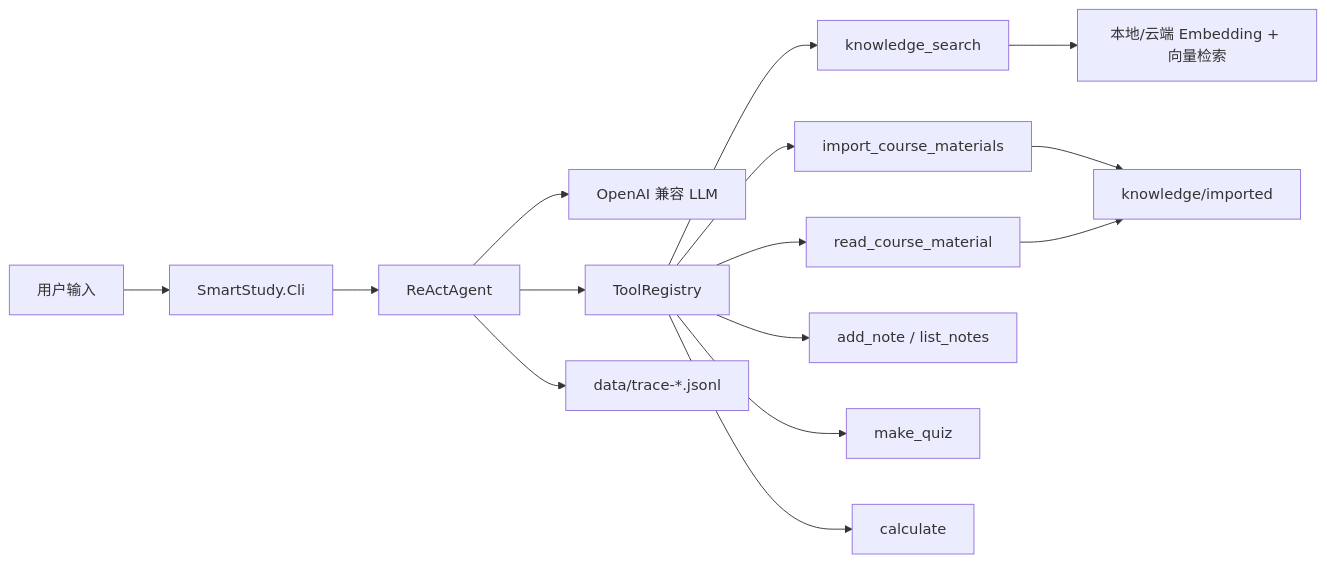
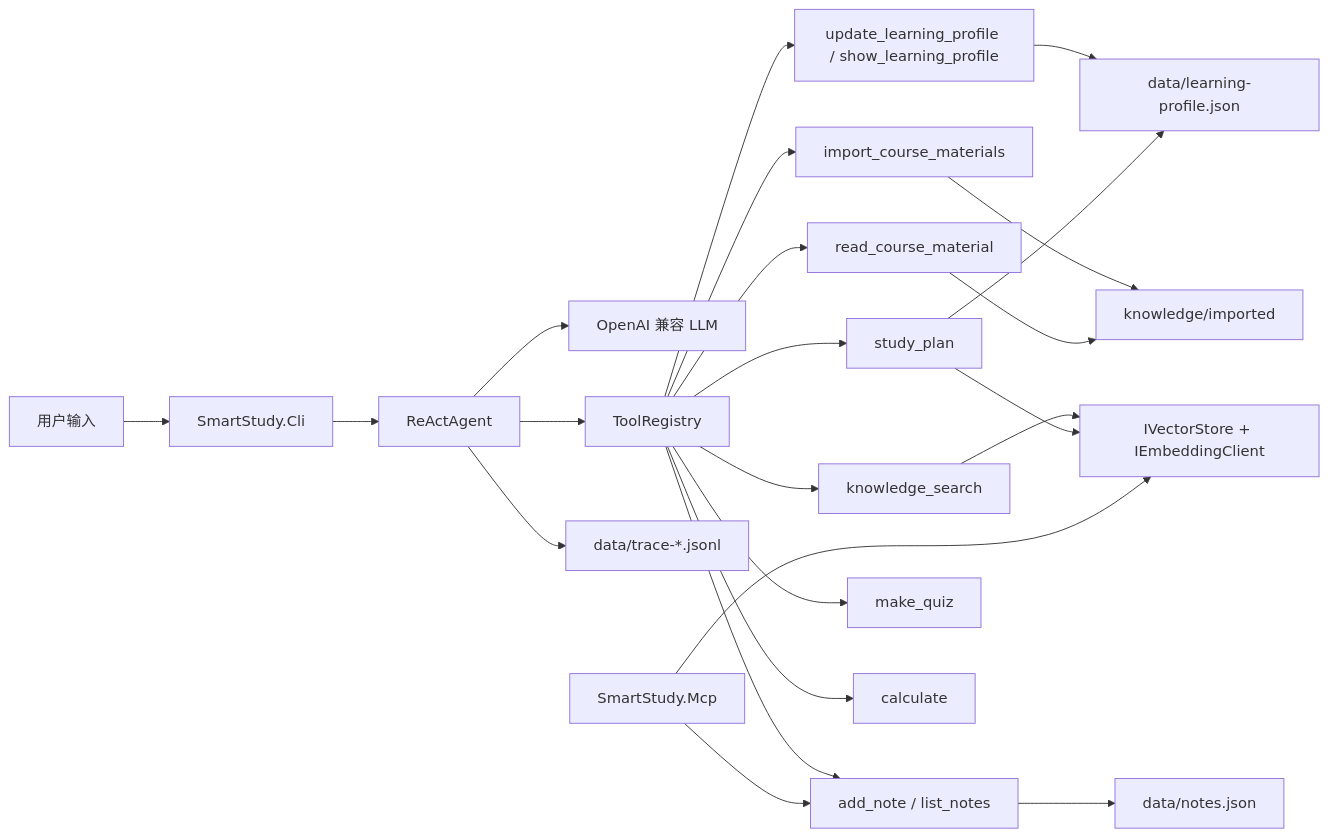
Before and after one commit to magicianaa/dotnet_final_work: the diagram in README.md, drawn with Mermaid. The commit also changed other lines of this file and 15 other files, not shown here.

Commit message:
Add learning profile and diagnostic tooling

````diff
--- a/README.md
+++ b/README.md
@@ -13,17 +31,28 @@
 ```mermaid
 flowchart LR
     U["用户输入"] --> CLI["SmartStudy.Cli"]
-    CLI --> A["ReActAgent"]
-    A --> LLM["OpenAI 兼容 LLM"]
-    A --> T["ToolRegistry"]
-    T --> KS["knowledge_search"]
-    T --> RM["read_course_material"]
-    T --> IM["import_course_materials"]
-    T --> N["add_note / list_notes"]
-    T --> Q["make_quiz"]
-    T --> C["calculate"]
-    KS --> RAG["本地/云端 Embedding + 向量检索"]
-    IM --> K["knowledge/imported"]
-    RM --> K
-    A --> Trace["data/trace-*.jsonl"]
+    CLI --> Agent["ReActAgent"]
+    Agent --> LLM["OpenAI 兼容 LLM"]
+    Agent --> Registry["ToolRegistry"]
+
+    Registry --> KS["knowledge_search"]
+    Registry --> Read["read_course_material"]
+    Registry --> Import["import_course_materials"]
+    Registry --> Notes["add_note / list_notes"]
+    Registry --> Profile["update_learning_profile / show_learning_profile"]
+    Registry --> Plan["study_plan"]
+    Registry --> Quiz["make_quiz"]
+    Registry --> Calc["calculate"]
+
+    KS --> RAG["IVectorStore + IEmbeddingClient"]
+    Import --> Imported["knowledge/imported"]
+    Read --> Imported
+    Notes --> NoteFile["data/notes.json"]
+    Profile --> ProfileFile["data/learning-profile.json"]
+    Plan --> ProfileFile
+    Plan --> RAG
+    Agent --> Trace["data/trace-*.jsonl"]
+
+    MCP["SmartStudy.Mcp"] --> Notes
+    MCP --> RAG
 ```
````
